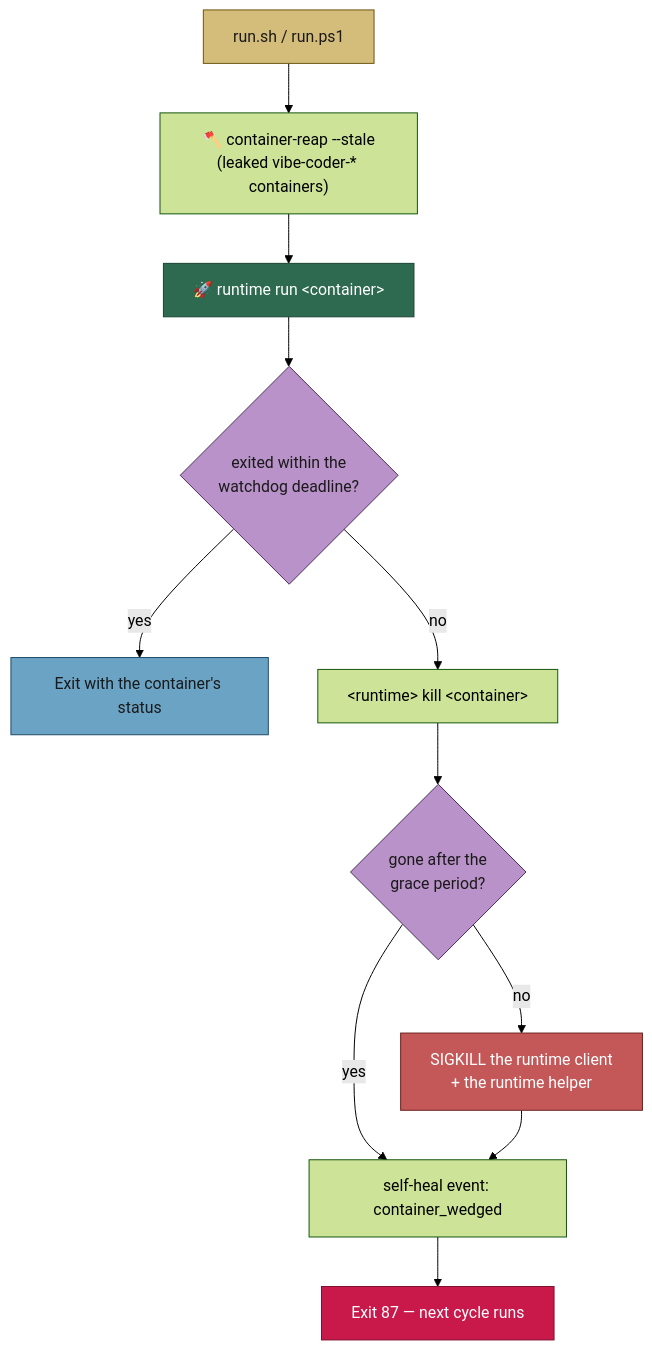
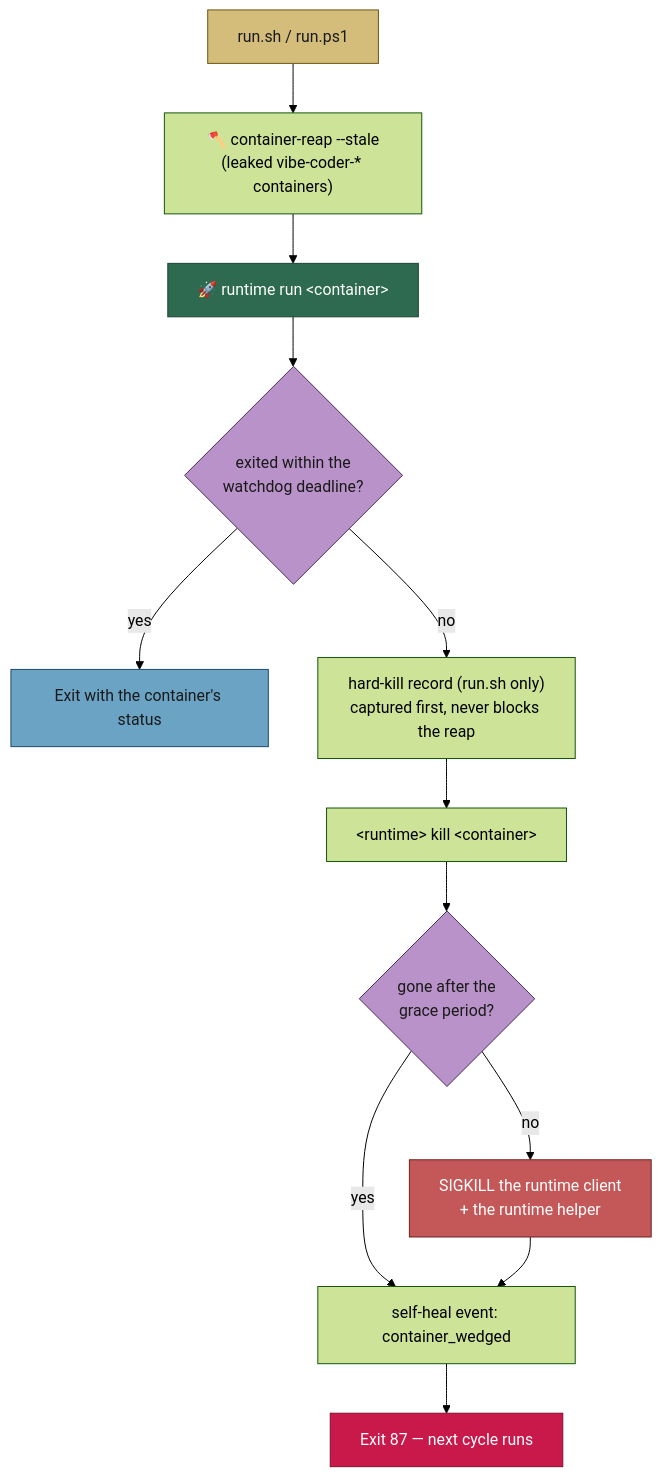
The third of 6 diagrams in docs/workflows/resilience-and-concurrency.md (stSoftwareAU/VibeCoder), drawn with Mermaid (forest theme) before and after one commit. The commit also changed other lines of this file and 9 other files, not shown here.

````diff
--- a/docs/workflows/resilience-and-concurrency.md
+++ b/docs/workflows/resilience-and-concurrency.md
@@ -169,26 +171,27 @@
 ```mermaid
 flowchart TD
   Start["run.sh / run.ps1"]
   Pre["🪓 container-reap --stale<br/>(leaked vibe-coder-* containers)"]
   Launch["🚀 runtime run &lt;container&gt;"]
   Deadline{"exited within the<br/>watchdog deadline?"}
   Normal["Exit with the container's status"]
+  Evidence["hard-kill record (run.sh only)<br/>captured first, never blocks the reap"]
   Kill["&lt;runtime&gt; kill &lt;container&gt;"]
   Grace{"gone after the<br/>grace period?"}
   Sigkill["SIGKILL the runtime client<br/>+ the runtime helper"]
   Event["self-heal event: container_wedged"]
   Wedged["Exit 87 — next cycle runs"]
   Start --> Pre --> Launch --> Deadline
   Deadline -->|yes| Normal
-  Deadline -->|no| Kill --> Grace
+  Deadline -->|no| Evidence --> Kill --> Grace
   Grace -->|yes| Event
   Grace -->|no| Sigkill --> Event
   Event --> Wedged
   style Start fill:#d4bc7a,stroke:#6b5510,color:#1a1a1a
   style Launch fill:#2d6a4f,stroke:#1b4332,color:#fff
   style Deadline fill:#b892c8,stroke:#4a2d5a,color:#1a1a1a
   style Grace fill:#b892c8,stroke:#4a2d5a,color:#1a1a1a
   style Sigkill fill:#c45858,stroke:#6b2020,color:#fff
   style Wedged fill:#c9184a,stroke:#800f2f,color:#fff
   style Normal fill:#6ba3c4,stroke:#1d4a6a,color:#1a1a1a
 ```
````
